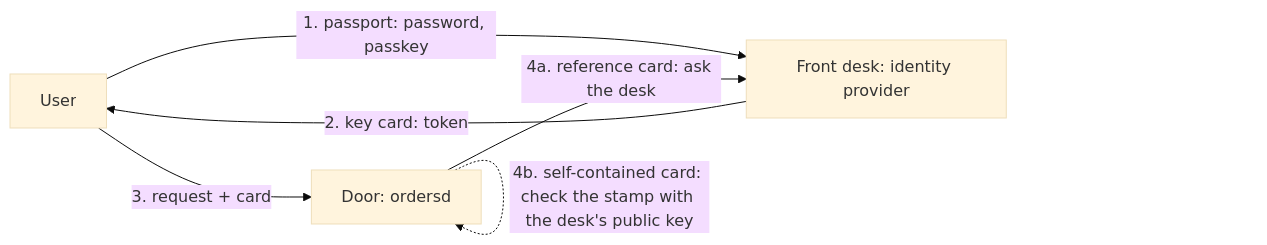
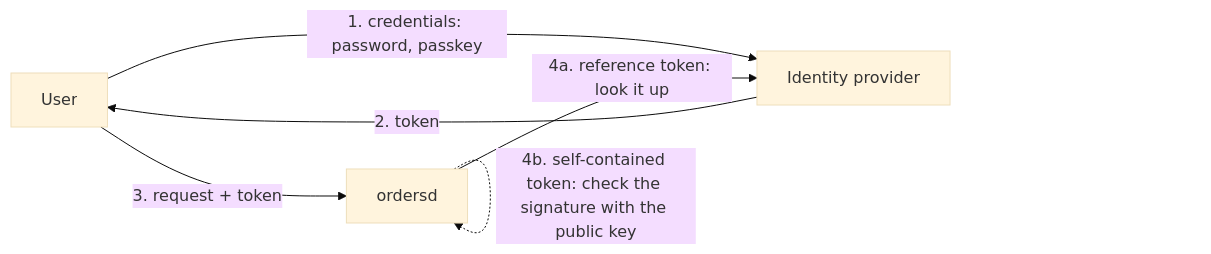
Before and after one commit to johankees/software-engineering-tutor: the first of 2 diagrams in docs/security/authentication.md, drawn with Mermaid (base theme). The commit also changed other lines of this file and 118 other files, not shown here.

````diff
--- a/docs/security/authentication.md
+++ b/docs/security/authentication.md
@@ -30,8 +30,8 @@
 ```mermaid
 flowchart LR
-    U[User] -->|1. passport: password, passkey| IDP[Front desk: identity provider]
-    IDP -->|2. key card: token| U
-    U -->|3. request + card| API[Door: ordersd]
-    API -->|4a. reference card: ask the desk| IDP
-    API -.->|4b. self-contained card: check the stamp with the desk's public key| API
+    U[User] -->|1. credentials: password, passkey| IDP[Identity provider]
+    IDP -->|2. token| U
+    U -->|3. request + token| API[ordersd]
+    API -->|4a. reference token: look it up| IDP
+    API -.->|4b. self-contained token: check the signature with the public key| API
 ```
````
